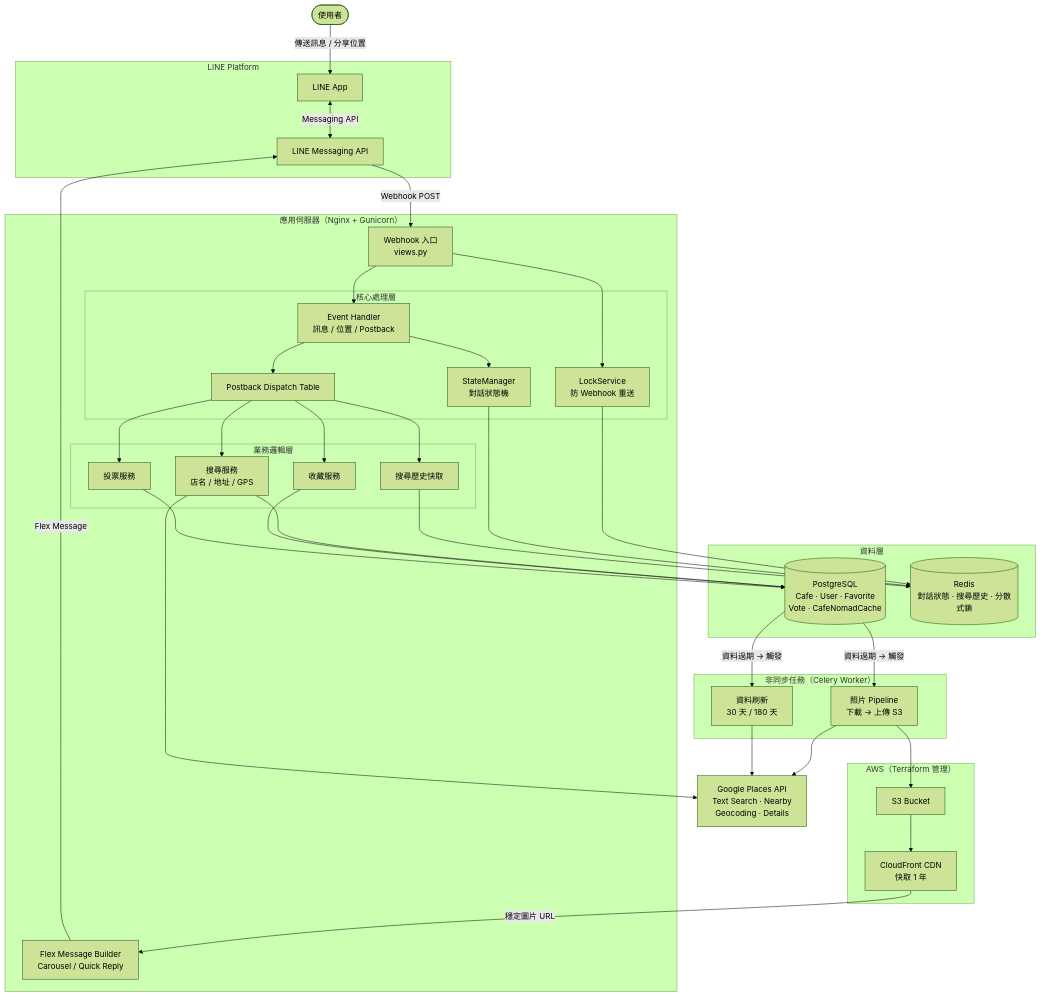
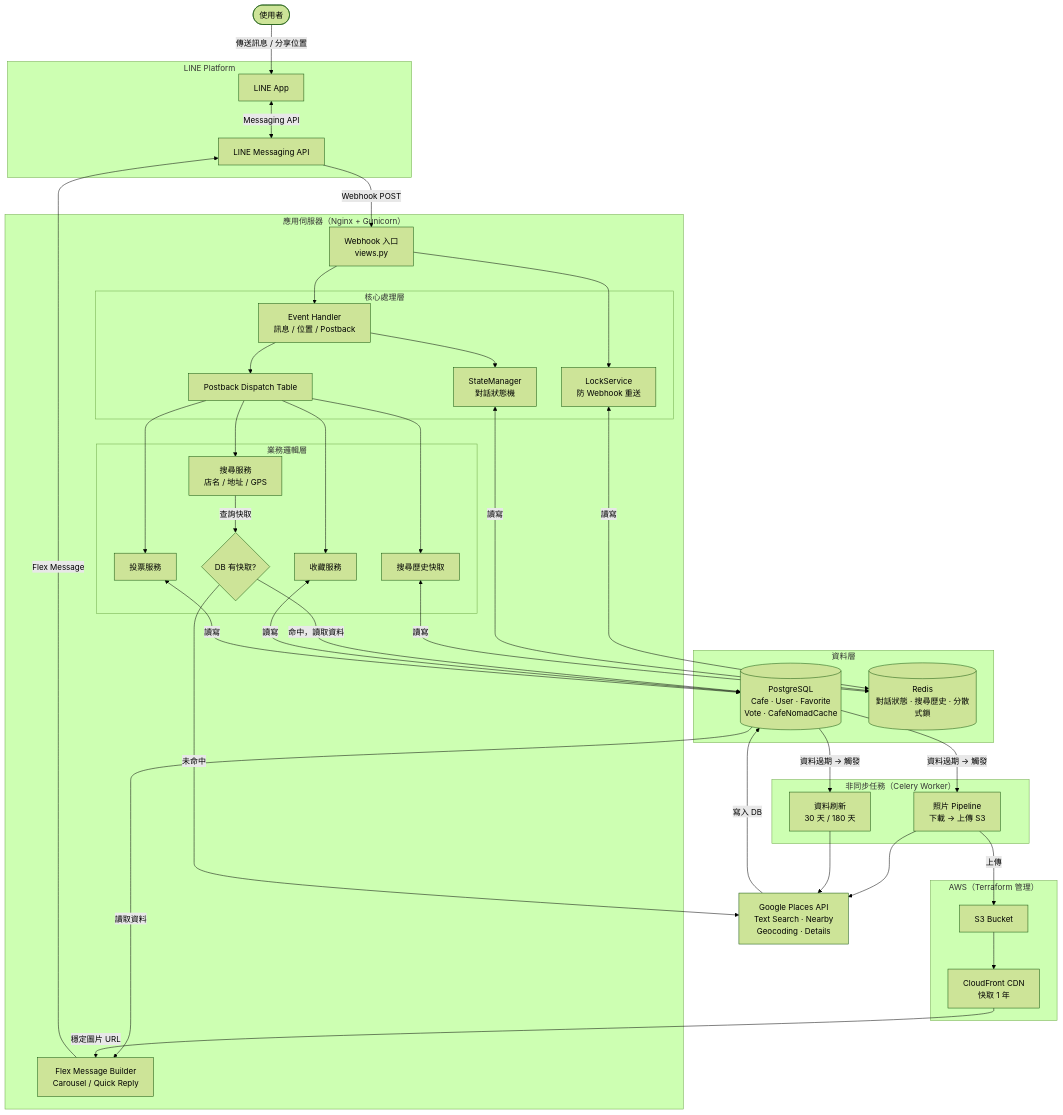
One commit to KK-Huang86/Find-Coffee changed the diagram in README.md. Above: the diagram before and after it, drawn with Mermaid (forest theme).

````diff
--- a/README.md
+++ b/README.md
@@ -53,62 +53,67 @@
 ```mermaid
 graph TB
     User([使用者])
 
     subgraph LINE["LINE Platform"]
         LINEAPP[LINE App]
         LINEAPI[LINE Messaging API]
     end
 
     subgraph AppServer["應用伺服器（Nginx + Gunicorn）"]
         Webhook["Webhook 入口\nviews.py"]
 
         subgraph Core["核心處理層"]
             Lock["LockService\n防 Webhook 重送"]
             EventHandler["Event Handler\n訊息 / 位置 / Postback"]
             State["StateManager\n對話狀態機"]
             Dispatch["Postback Dispatch Table"]
         end
 
         subgraph Services["業務邏輯層"]
             SearchSvc["搜尋服務\n店名 / 地址 / GPS"]
             FavSvc["收藏服務"]
             VoteSvc["投票服務"]
             SearchCache["搜尋歷史快取"]
+            DBCheck{DB 有快取?}
         end
 
         FlexBuilder["Flex Message Builder\nCarousel / Quick Reply"]
     end
 
     subgraph DataLayer["資料層"]
         PG[("PostgreSQL\nCafe · User · Favorite\nVote · CafeNomadCache")]
         Redis[("Redis\n對話狀態 · 搜尋歷史 · 分散式鎖")]
     end
 
     subgraph Celery["非同步任務（Celery Worker）"]
         PhotoTask["照片 Pipeline\n下載 → 上傳 S3"]
         RefreshTask["資料刷新\n30 天 / 180 天"]
     end
 
     GoogleAPI["Google Places API\nText Search · Nearby\nGeocoding · Details"]
 
     subgraph AWS["AWS（Terraform 管理）"]
         S3["S3 Bucket"]
         CF["CloudFront CDN\n快取 1 年"]
     end
 
     User -->|傳送訊息 / 分享位置| LINEAPP
     LINEAPP <-->|Messaging API| LINEAPI
     LINEAPI -->|Webhook POST| Webhook
     Webhook --> Lock & EventHandler
     EventHandler --> State & Dispatch
-    Lock & State & SearchCache --> Redis
+    Lock & State & SearchCache <-->|讀寫| Redis
     Dispatch --> SearchSvc & FavSvc & VoteSvc & SearchCache
-    SearchSvc --> GoogleAPI
-    SearchSvc & FavSvc & VoteSvc --> PG
+    SearchSvc -->|查詢快取| DBCheck{DB 有快取?}
+    DBCheck -->|命中，讀取資料| PG
+    DBCheck -->|未命中| GoogleAPI
+    GoogleAPI -->|寫入 DB| PG
+    PG -->|讀取資料| FlexBuilder
+    FavSvc & VoteSvc <-->|讀寫| PG
     PG -->|資料過期 → 觸發| PhotoTask & RefreshTask
     PhotoTask & RefreshTask --> GoogleAPI
-    PhotoTask --> S3
+    PhotoTask -->|上傳| S3
     S3 --> CF
     CF -->|穩定圖片 URL| FlexBuilder
     FlexBuilder -->|Flex Message| LINEAPI
 ```
````
